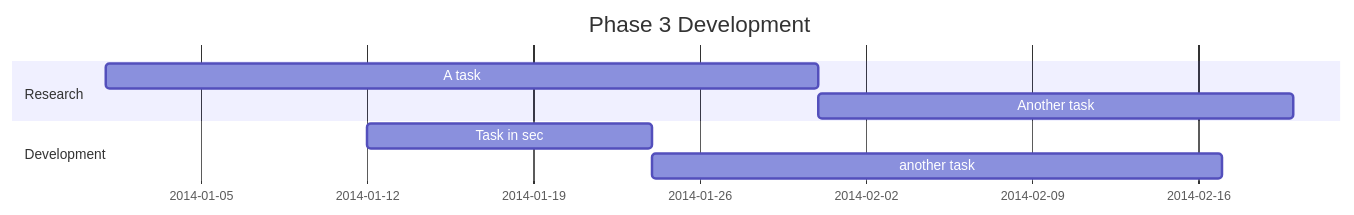
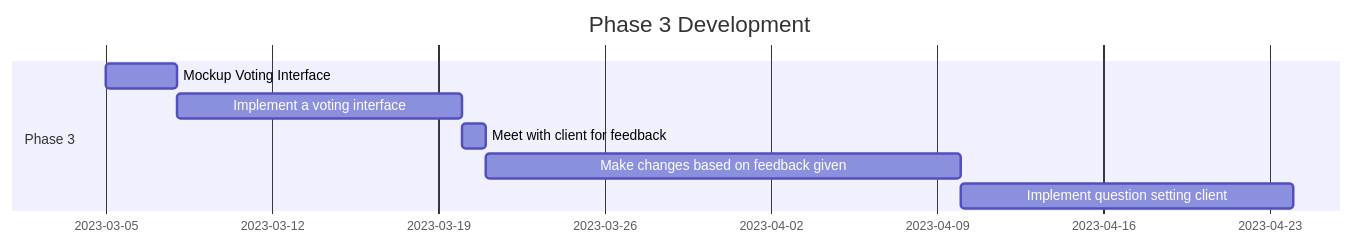
Before and after one commit to Joshua-Yuill/Votley_Final-Year-Project: the third of 3 diagrams in Docs/report.md, drawn with Mermaid. The commit also changed other lines of this file and 3 other files, not shown here.

````diff
--- a/Docs/report.md
+++ b/Docs/report.md
@@ -845,11 +1032,11 @@
 ```mermaid
 gantt
     title Phase 3 Development
     dateFormat  YYYY-MM-DD
-    section Research
-    A task           :a1, 2014-01-01, 30d
-    Another task     :after a1  , 20d
-    section Development
-    Task in sec      :2014-01-12  , 12d
-    another task      : 24d
+    section Phase 3
+    Mockup Voting Interface         :a1, 2023-03-05, 3d
+    Implement a voting interface     :after a1  , 12d
+    Meet with client for feedback     : 1d
+    Make changes based on feedback given      : 20d
+    Implement question setting client : 14d
 ```
````
